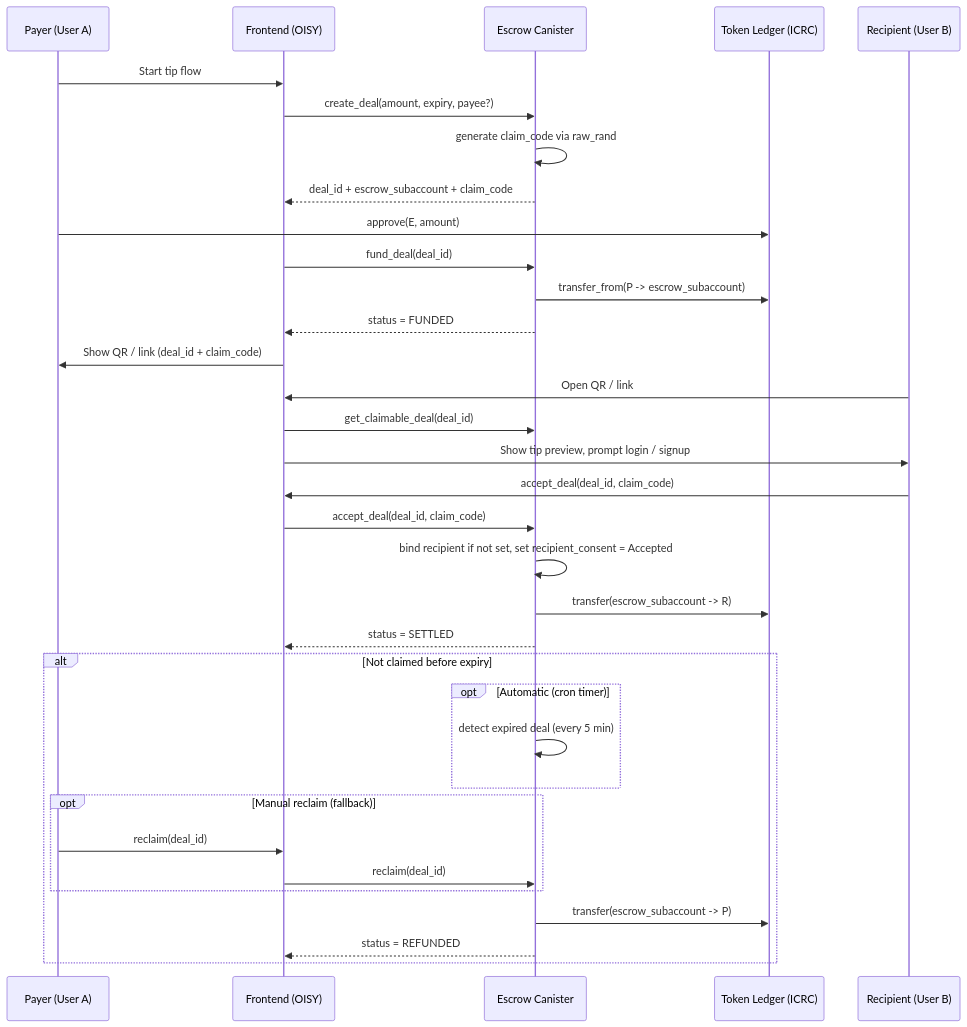
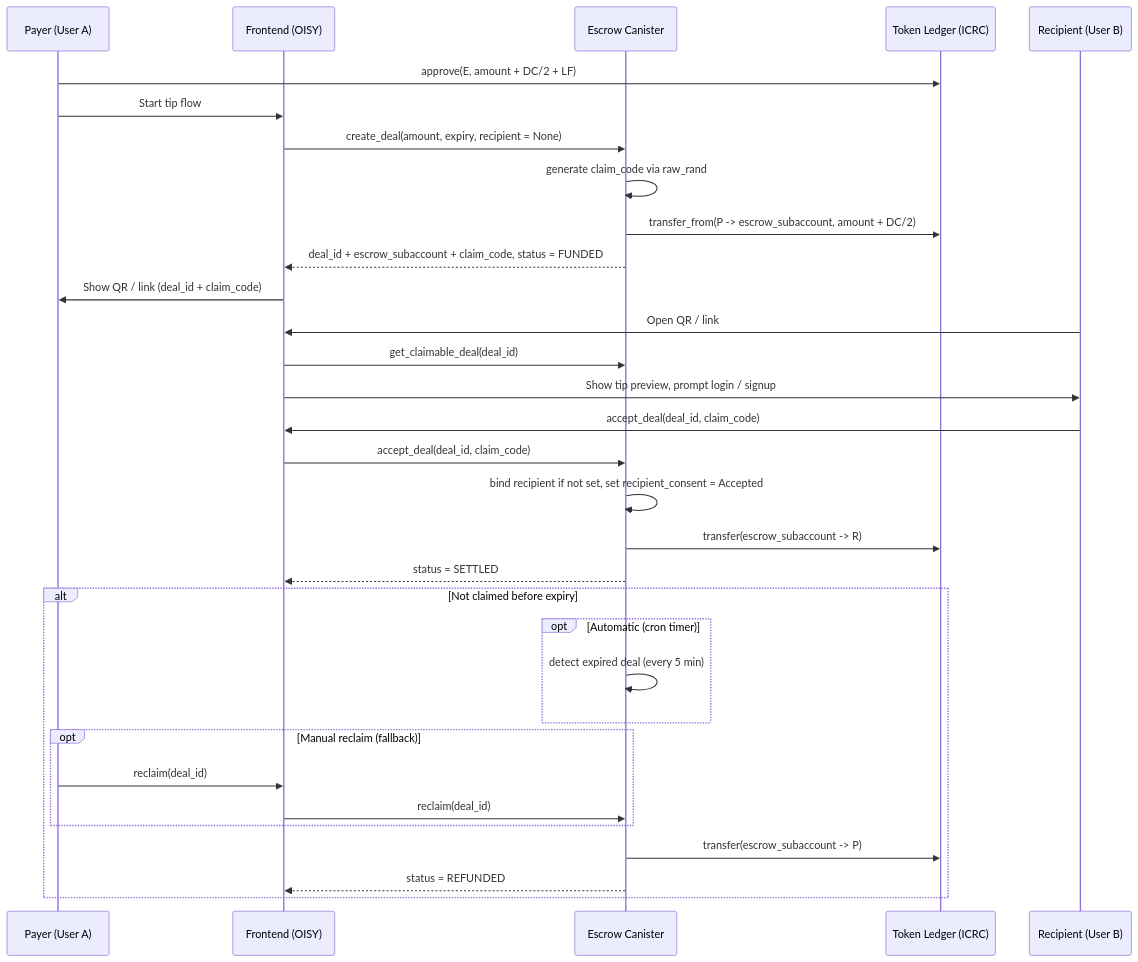
Before and after one commit to AntonioVentilii/escrow: the diagram in TIPS.md, drawn with Mermaid. The commit also changed other lines of this file and 34 other files, not shown here.

First line of the commit message:
feat(deals): two-signature tally + commit-at-first-action + anti-spam treasury (#41)

````diff
--- a/TIPS.md
+++ b/TIPS.md
@@ -49,51 +51,47 @@
 ```mermaid
 sequenceDiagram
     participant P as Payer (User A)
     participant F as Frontend (OISY)
     participant E as Escrow Canister
     participant L as Token Ledger (ICRC)
     participant R as Recipient (User B)
 
-    %% --- CREATE DEAL ---
+    %% --- CREATE DEAL (commit-at-first-action — pulls funds atomically) ---
+    P->>L: approve(E, amount + DC/2 + LF)
     P->>F: Start tip flow
-    F->>E: create_deal(amount, expiry, payee?)
+    F->>E: create_deal(amount, expiry, recipient = None)
     E->>E: generate claim_code via raw_rand
-    E-->>F: deal_id + escrow_subaccount + claim_code
-
-    %% --- FUNDING ---
-    P->>L: approve(E, amount)
-    F->>E: fund_deal(deal_id)
-    E->>L: transfer_from(P -> escrow_subaccount)
-    E-->>F: status = FUNDED
+    E->>L: transfer_from(P -> escrow_subaccount, amount + DC/2)
+    E-->>F: deal_id + escrow_subaccount + claim_code, status = FUNDED
 
     %% --- SHARE ---
     F->>P: Show QR / link (deal_id + claim_code)
 
     %% --- CLAIM ---
     R->>F: Open QR / link
     F->>E: get_claimable_deal(deal_id)
     F->>R: Show tip preview, prompt login / signup
 
     R->>F: accept_deal(deal_id, claim_code)
     F->>E: accept_deal(deal_id, claim_code)
 
     %% --- BIND RECIPIENT ---
     E->>E: bind recipient if not set, set recipient_consent = Accepted
 
     %% --- SETTLEMENT ---
     E->>L: transfer(escrow_subaccount -> R)
     E-->>F: status = SETTLED
 
     %% --- EXPIRY PATH ---
     alt Not claimed before expiry
         opt Automatic (cron timer)
             E->>E: detect expired deal (every 5 min)
         end
         opt Manual reclaim (fallback)
             P->>F: reclaim(deal_id)
             F->>E: reclaim(deal_id)
         end
         E->>L: transfer(escrow_subaccount -> P)
         E-->>F: status = REFUNDED
     end
 ```
````
